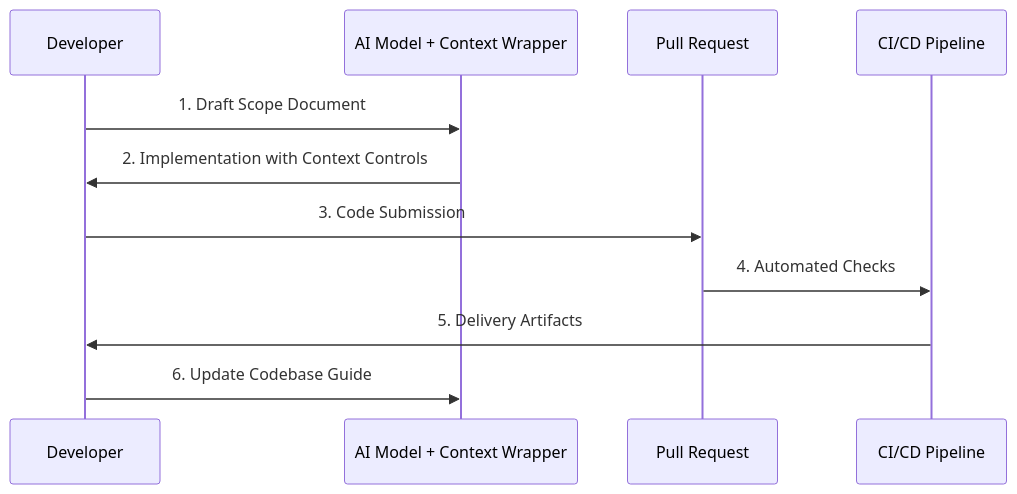
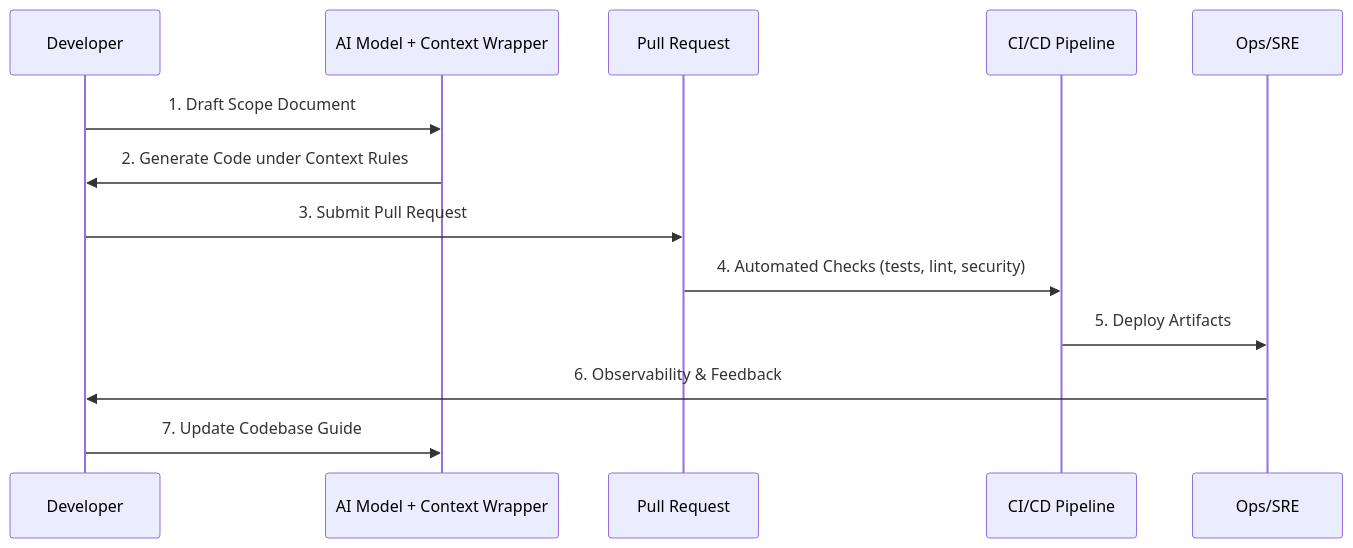
The diagram in README.md (skyblue-will/ai_delivery_engine), drawn with Mermaid before and after one commit. The commit also changed other lines of this file, not shown here.

````diff
--- a/README.md
+++ b/README.md
@@ -20,14 +67,16 @@
 ```mermaid
 sequenceDiagram
     participant Dev as Developer
     participant AI as AI Model + Context Wrapper
     participant PR as Pull Request
     participant CI as CI/CD Pipeline
-    
+    participant Ops as Ops/SRE
+
     Dev->>AI: 1. Draft Scope Document
-    AI->>Dev: 2. Implementation with Context Controls
-    Dev->>PR: 3. Code Submission
-    PR->>CI: 4. Automated Checks
-    CI->>Dev: 5. Delivery Artifacts
-    Dev->>AI: 6. Update Codebase Guide
+    AI->>Dev: 2. Generate Code under Context Rules
+    Dev->>PR: 3. Submit Pull Request
+    PR->>CI: 4. Automated Checks (tests, lint, security)
+    CI->>Ops: 5. Deploy Artifacts
+    Ops->>Dev: 6. Observability & Feedback
+    Dev->>AI: 7. Update Codebase Guide
 ```
````
